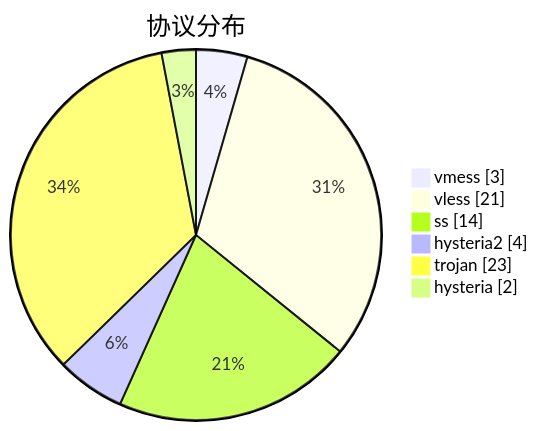
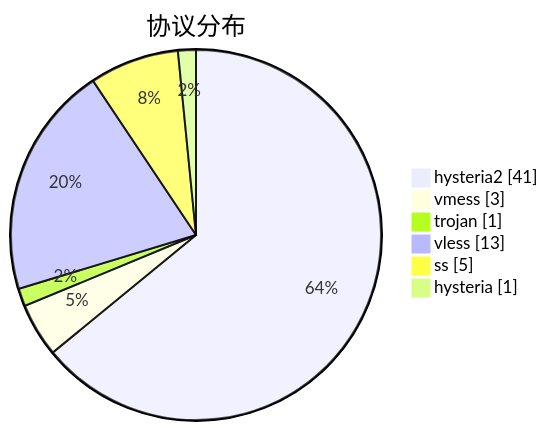
One commit to sinspired/airport changed the third of 3 diagrams in subs/statistics/tested_within.md. Above: the diagram before and after it, drawn with Mermaid. The commit also changed other lines of this file and 2 other files, not shown here.

````diff
--- a/subs/statistics/tested_within.md
+++ b/subs/statistics/tested_within.md
@@ -28,10 +31,10 @@
 ```mermaid
 pie showData
 title 协议分布
+"hysteria2" : 41
 "vmess" : 3
-"vless" : 21
-"ss" : 14
-"hysteria2" : 4
-"trojan" : 23
-"hysteria" : 2
+"trojan" : 1
+"vless" : 13
+"ss" : 5
+"hysteria" : 1
 ```
````
